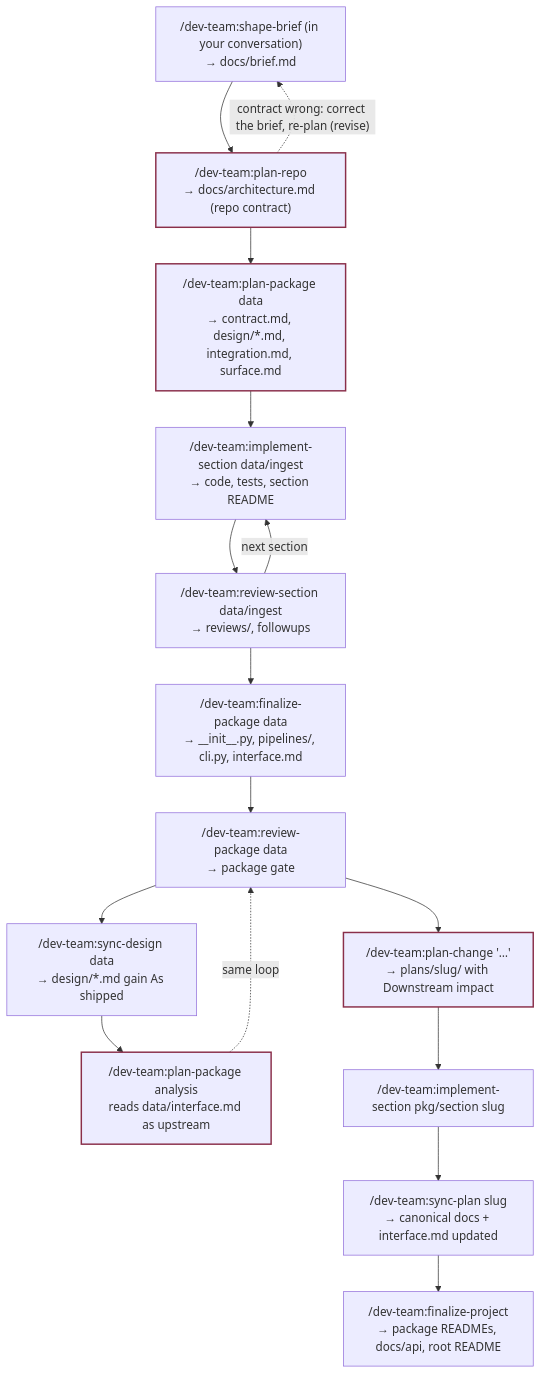
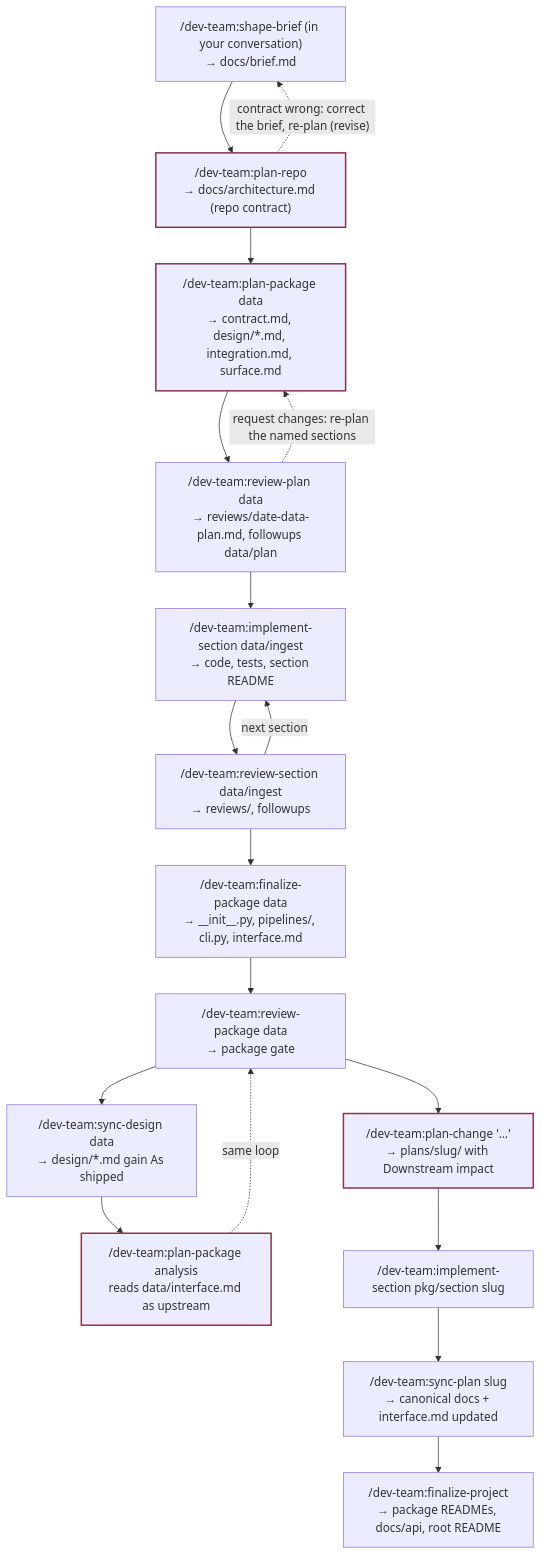
Before and after one commit to cott435/cott-plugins: the second of 3 diagrams in dev-team/site/flow.md, drawn with Mermaid. The commit also changed other lines of this file and 17 other files, not shown here.

First line of the commit message:
dev-team 0.5 (phase 5): review-plan, reviewer plan mode, plan gate

````diff
--- a/dev-team/site/flow.md
+++ b/dev-team/site/flow.md
@@ -45,22 +45,24 @@
 ```mermaid
 flowchart TD
   S["/dev-team:shape-brief (in your conversation)<br/>→ docs/brief.md"]
   S --> A
   A["/dev-team:plan-repo<br/>→ docs/architecture.md (repo contract)"]
   A -. "contract wrong: correct the brief, re-plan (revise)" .-> S
   A --> B["/dev-team:plan-package data<br/>→ contract.md, design/*.md, integration.md, surface.md"]
-  B --> C["/dev-team:implement-section data/ingest<br/>→ code, tests, section README"]
+  B --> RP["/dev-team:review-plan data<br/>→ reviews/date-data-plan.md, followups data/plan"]
+  RP -. "request changes: re-plan the named sections" .-> B
+  RP --> C["/dev-team:implement-section data/ingest<br/>→ code, tests, section README"]
   C --> D["/dev-team:review-section data/ingest<br/>→ reviews/, followups"]
   D -->|next section| C
   D --> E["/dev-team:finalize-package data<br/>→ __init__.py, pipelines/, cli.py, interface.md"]
   E --> F["/dev-team:review-package data<br/>→ package gate"]
   F --> SD["/dev-team:sync-design data<br/>→ design/*.md gain As shipped"]
   SD --> G["/dev-team:plan-package analysis<br/>reads data/interface.md as upstream"]
   G -.->|same loop| F
   F --> H["/dev-team:plan-change '…'<br/>→ plans/slug/ with Downstream impact"]
   H --> I["/dev-team:implement-section pkg/section slug"]
   I --> J["/dev-team:sync-plan slug<br/>→ canonical docs + interface.md updated"]
   J --> K["/dev-team:finalize-project<br/>→ package READMEs, docs/api, root README"]
   classDef stop stroke:#8a2f4a,stroke-width:2px;
   class A,B,G,H stop;
 ```
````
